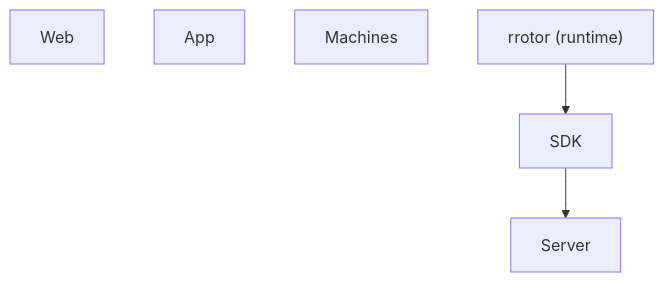
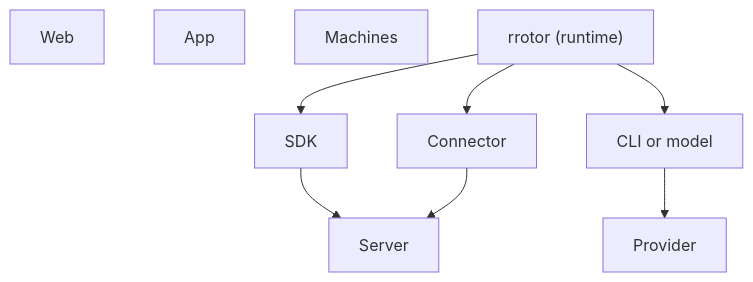
One commit to glyphh-ai/server changed the diagram in docs/architecture.md. Above: the diagram before and after it, drawn with Mermaid. The commit also changed other lines of this file, not shown here.

Commit message:
Architecture: thinking goes straight to the provider, connections go through the server

````diff
--- a/docs/architecture.md
+++ b/docs/architecture.md
@@ -3,7 +3,9 @@
 ```mermaid
 flowchart TB
     Web
     App
     Machines
     Runtime["rrotor (runtime)"] --> SDK --> Server
+    Runtime --> Loop["CLI or model"] --> Provider
+    Runtime --> Connector --> Server
 ```
````
